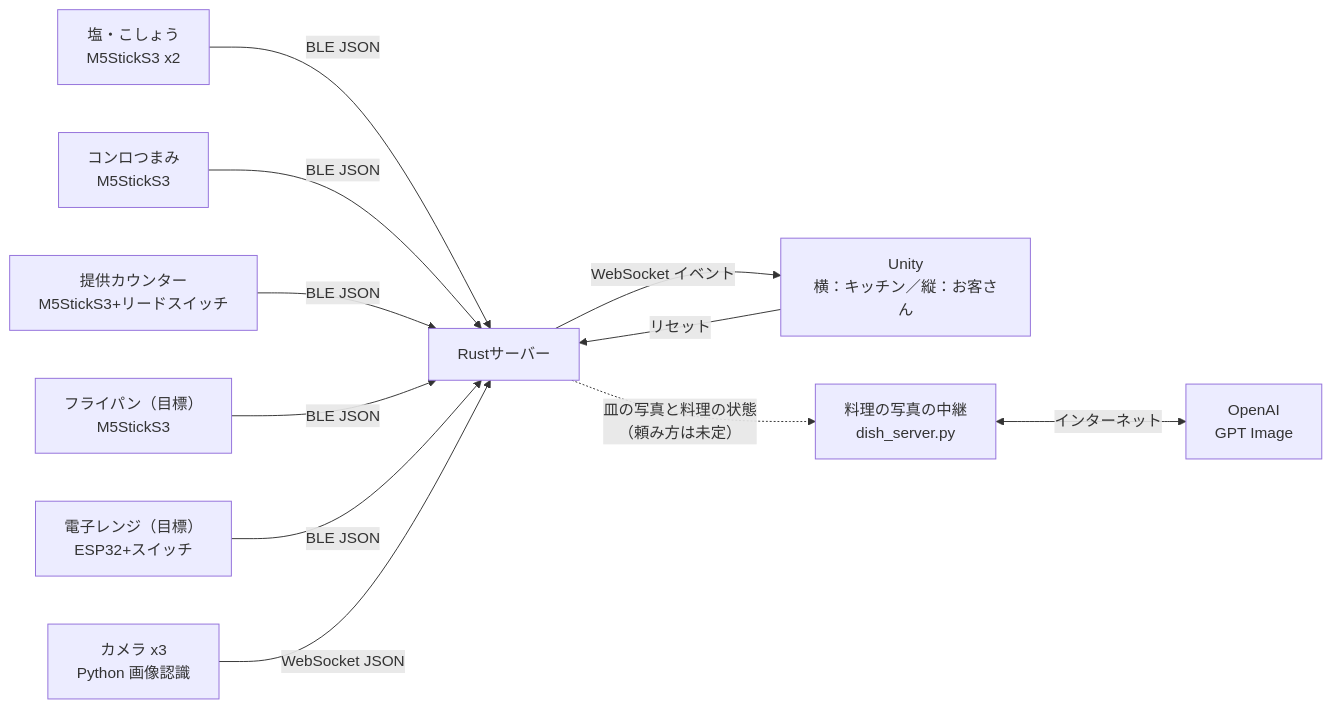
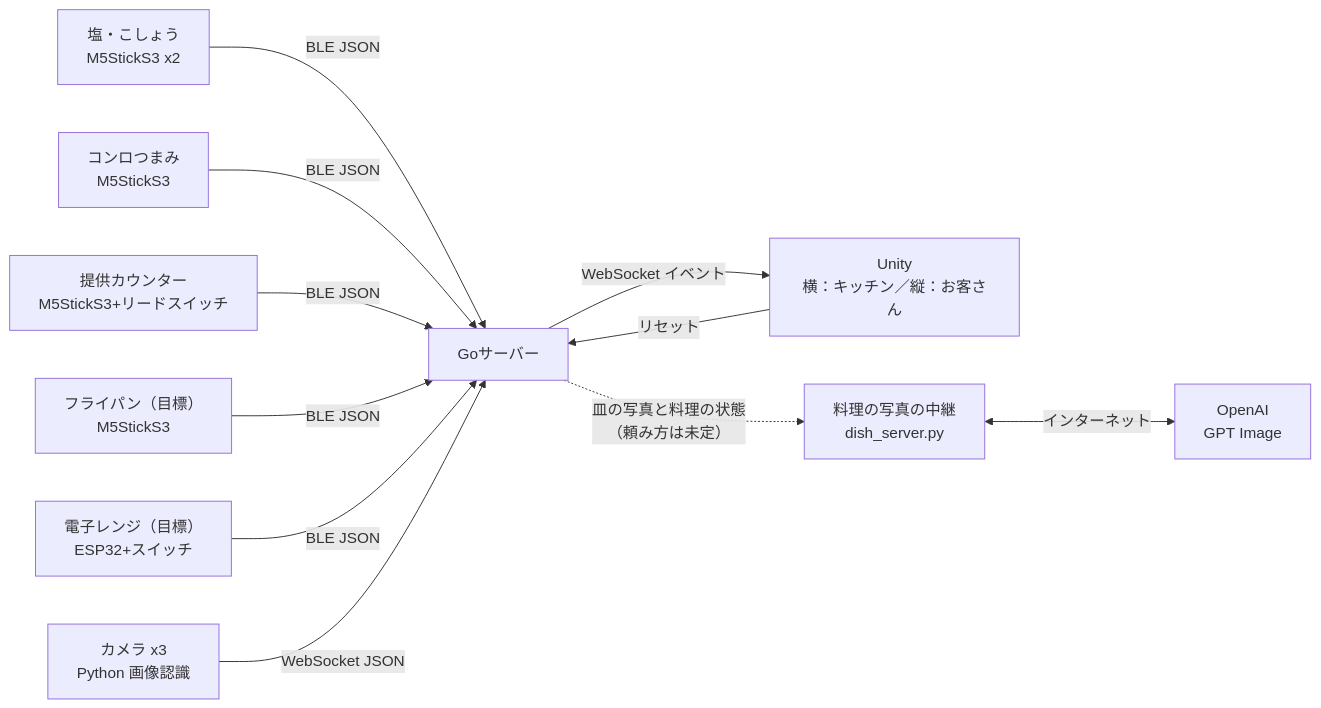
The first of 2 diagrams in docs/要件定義書_v1.md (kokonao1111/HEW-omamagoto), drawn with Mermaid before and after one commit. The commit also changed other lines of this file, not shown here.

First line of the commit message:
docs(要件定義書): サーバーを Go に（3 章・4 章の図・10 章・12.1・担当表）

````diff
--- a/docs/要件定義書_v1.md
+++ b/docs/要件定義書_v1.md
@@ -70,13 +70,13 @@
 ```mermaid
 flowchart LR
-  salt[塩・こしょう<br/>M5StickS3 x2] -->|BLE JSON| server[Rustサーバー]
+  salt[塩・こしょう<br/>M5StickS3 x2] -->|BLE JSON| server[Goサーバー]
   knob[コンロつまみ<br/>M5StickS3] -->|BLE JSON| server
   counter[提供カウンター<br/>M5StickS3+リードスイッチ] -->|BLE JSON| server
   pan[フライパン（目標）<br/>M5StickS3] -->|BLE JSON| server
   range[電子レンジ（目標）<br/>ESP32+スイッチ] -->|BLE JSON| server
   cam[カメラ x3<br/>Python 画像認識] -->|WebSocket JSON| server
   server -->|WebSocket イベント| unity[Unity<br/>横：キッチン／縦：お客さん]
   unity -->|リセット| server
   server -.->|皿の写真と料理の状態<br/>（頼み方は未定）| dish[料理の写真の中継<br/>dish_server.py]
   dish <-->|インターネット| ai[OpenAI<br/>GPT Image]
 ```
````
